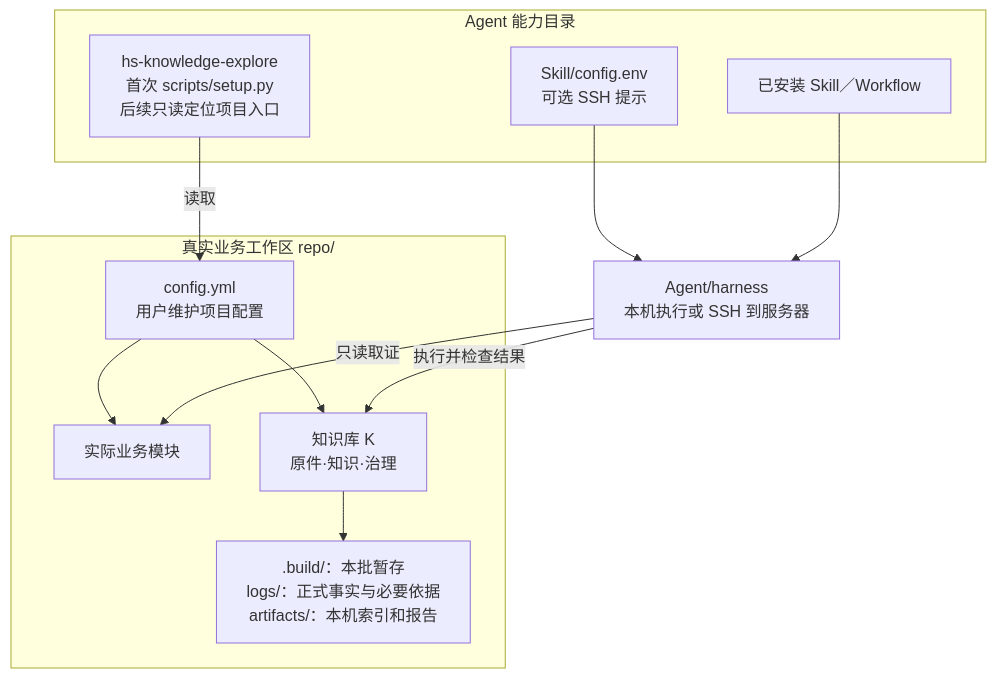
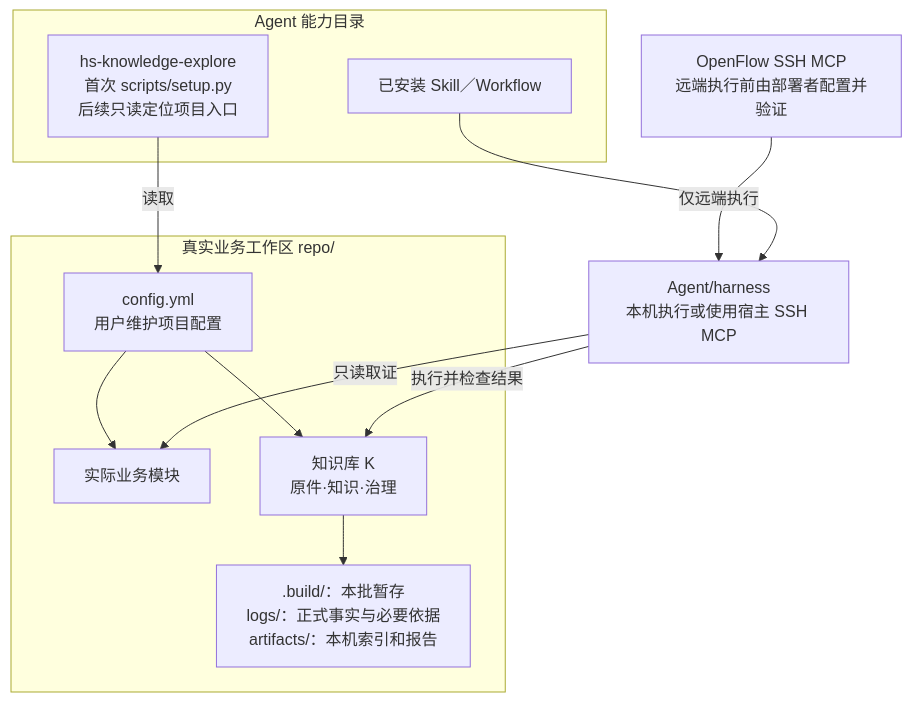
The second of 4 diagrams in himate-knowledge-wifi-mp/docs-llm-wiki/知识库关键点.md (Robin-hhc/FactumCore), drawn with Mermaid before and after one commit. The commit also changed other lines of this file and 27 other files, not shown here.

Commit message:
refactor: delegate remote knowledge execution to host SSH MCP

````diff
--- a/himate-knowledge-wifi-mp/docs-llm-wiki/知识库关键点.md
+++ b/himate-knowledge-wifi-mp/docs-llm-wiki/知识库关键点.md
@@ -41,22 +41,21 @@
 ```mermaid
 flowchart TD
     subgraph AGENT["Agent 能力目录"]
         SETUP["hs-knowledge-explore<br/>首次 scripts/setup.py<br/>后续只读定位项目入口"]
-        ENV["Skill/config.env<br/>可选 SSH 提示"]
         S["已安装 Skill／Workflow"]
     end
     subgraph WORKSPACE["真实业务工作区 repo/"]
         CONFIG["config.yml<br/>用户维护项目配置"]
         CODE["实际业务模块"]
         K["知识库 K<br/>原件·知识·治理"]
         OUT[".build/：本批暂存<br/>logs/：正式事实与必要依据<br/>artifacts/：本机索引和报告"]
         CONFIG --> CODE
         CONFIG --> K
         K --> OUT
     end
     SETUP -->|"读取"| CONFIG
-    ENV --> HARNESS["Agent/harness<br/>本机执行或 SSH 到服务器"]
+    SSH["OpenFlow SSH MCP<br/>远端执行前由部署者配置并验证"] -->|"仅远端执行"| HARNESS["Agent/harness<br/>本机执行或使用宿主 SSH MCP"]
     S --> HARNESS
     HARNESS -->|"执行并检查结果"| K
     HARNESS -->|"只读取证"| CODE
 ```
````
